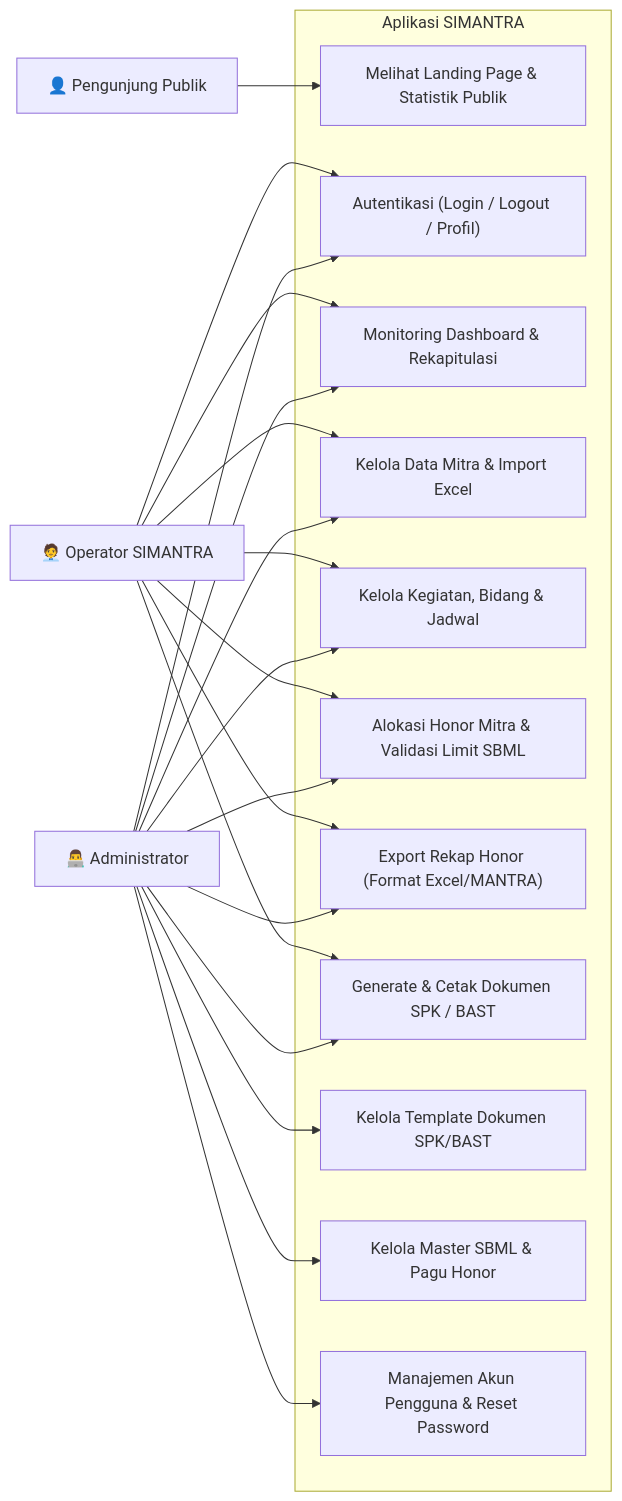
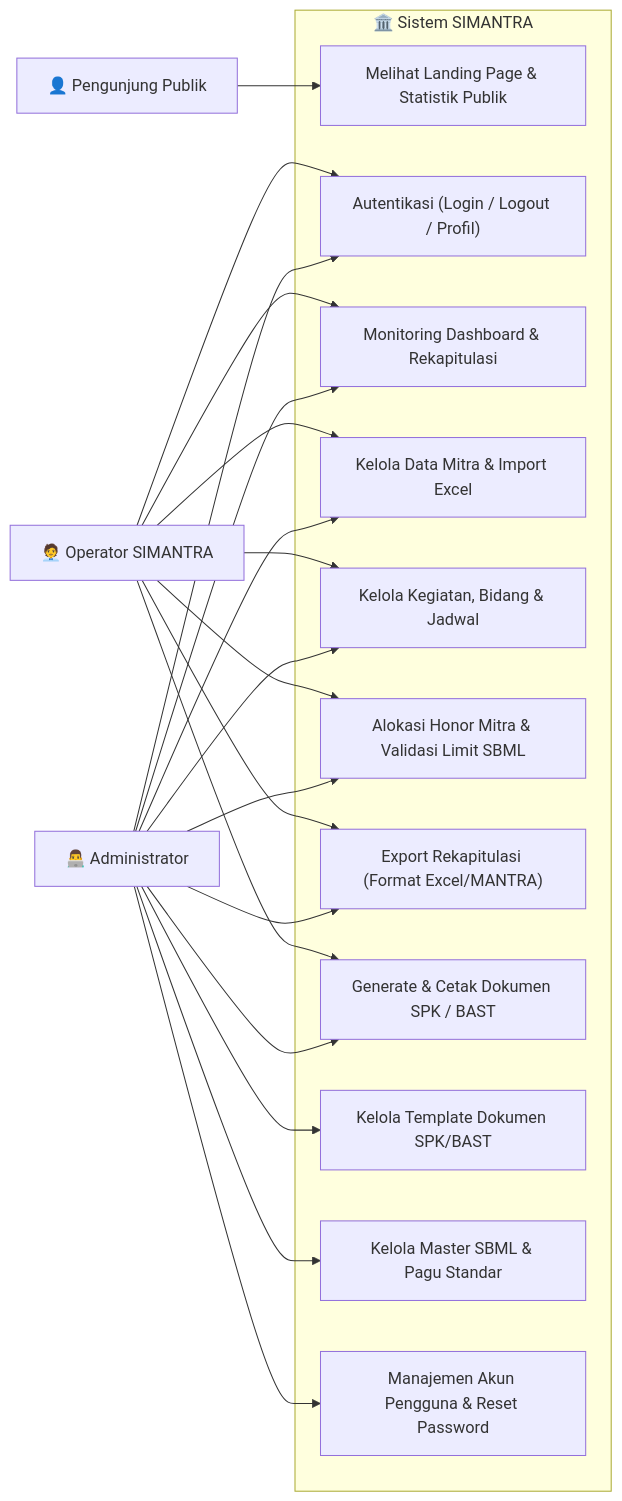
One commit to supyan1403/SIMANTRA changed the first of 8 diagrams in README.md. Above: the diagram before and after it, drawn with Mermaid. The commit also changed other lines of this file, not shown here.

Commit message:
docs: update README with expanded system diagrams, detailed feature descriptions, and refined operational workflows.

````diff
--- a/README.md
+++ b/README.md
@@ -68,45 +77,45 @@
 ```mermaid
 flowchart LR
-    %% Actors
+    %% Aktor
     Public["👤 Pengunjung Publik"]
     Operator["🧑‍💼 Operator SIMANTRA"]
     Admin["👨‍💻 Administrator"]
 
-    subgraph SIMANTRA_System [" Aplikasi SIMANTRA "]
+    subgraph SIMANTRA_System [" 🏛️ Sistem SIMANTRA "]
         UC1["Melihat Landing Page & Statistik Publik"]
         UC2["Autentikasi (Login / Logout / Profil)"]
         UC3["Monitoring Dashboard & Rekapitulasi"]
         UC4["Kelola Data Mitra & Import Excel"]
         UC5["Kelola Kegiatan, Bidang & Jadwal"]
         UC6["Alokasi Honor Mitra & Validasi Limit SBML"]
-        UC7["Export Rekap Honor (Format Excel/MANTRA)"]
+        UC7["Export Rekapitulasi (Format Excel/MANTRA)"]
         UC8["Generate & Cetak Dokumen SPK / BAST"]
         UC9["Kelola Template Dokumen SPK/BAST"]
-        UC10["Kelola Master SBML & Pagu Honor"]
+        UC10["Kelola Master SBML & Pagu Standar"]
         UC11["Manajemen Akun Pengguna & Reset Password"]
     end
 
-    %% Public Relations
+    %% Relasi Aktor Publik
     Public --> UC1
 
-    %% Operator Relations
+    %% Relasi Aktor Operator
     Operator --> UC2
     Operator --> UC3
     Operator --> UC4
     Operator --> UC5
     Operator --> UC6
     Operator --> UC7
     Operator --> UC8
 
-    %% Admin Relations (Inherits Operator + System Management)
+    %% Relasi Aktor Administrator
     Admin --> UC2
     Admin --> UC3
     Admin --> UC4
     Admin --> UC5
     Admin --> UC6
     Admin --> UC7
     Admin --> UC8
     Admin --> UC9
     Admin --> UC10
     Admin --> UC11
 ```
````
